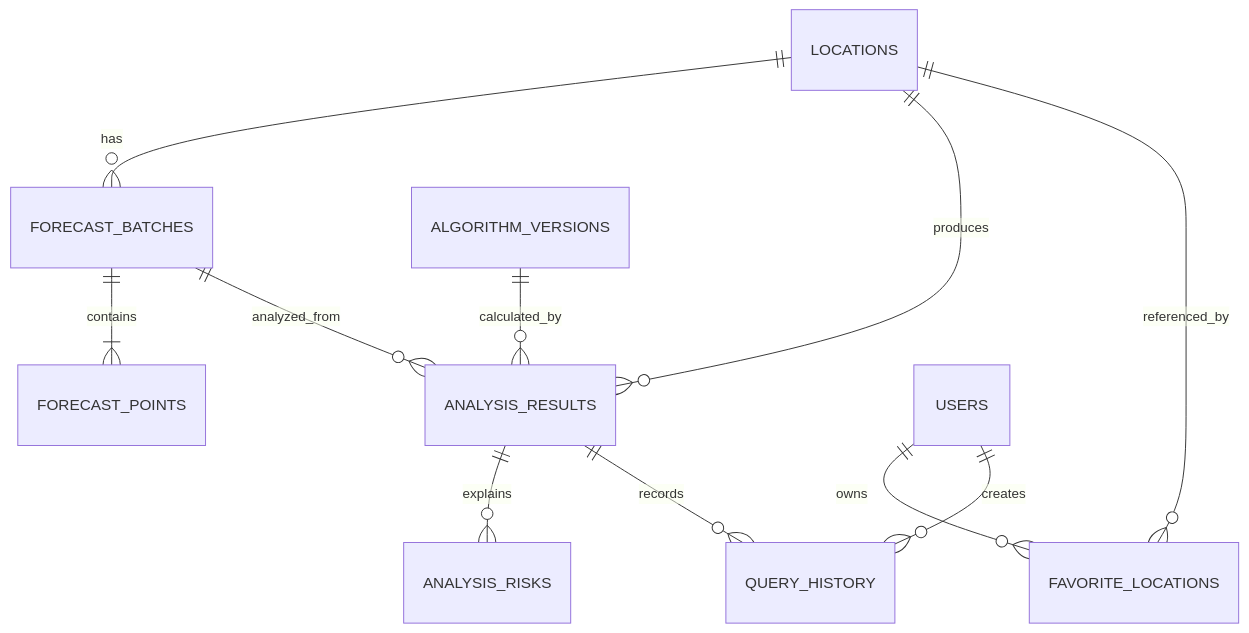
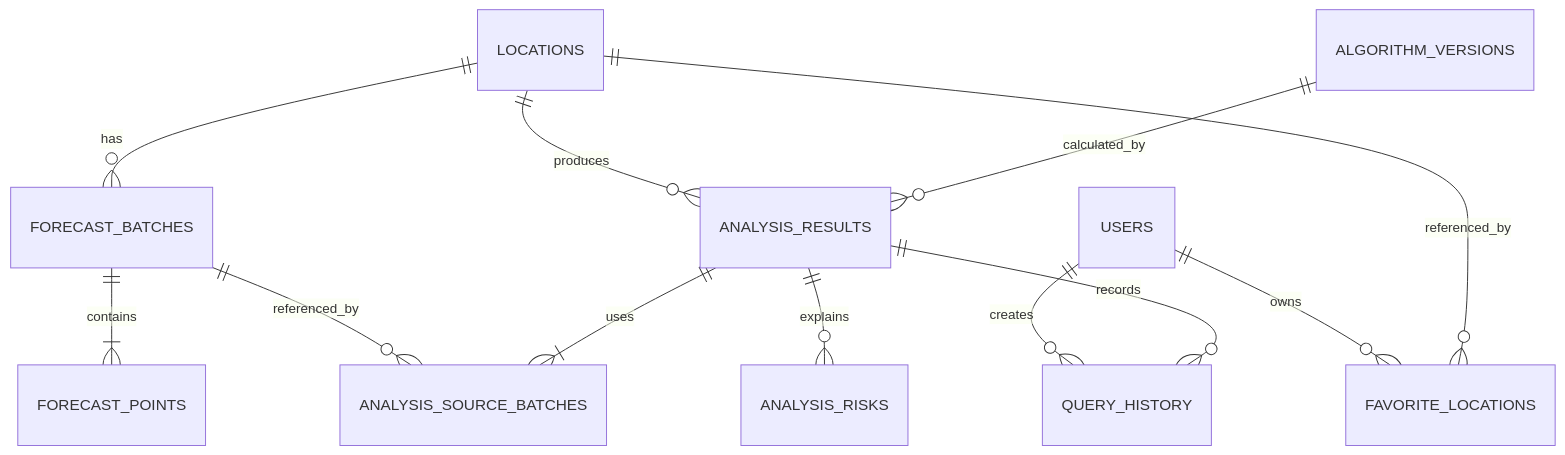
Before and after one commit to Camefor/marine-insight: the diagram in docs/05-数据库设计.md, drawn with Mermaid. The commit also changed other lines of this file and 19 other files, not shown here.

````diff
--- a/docs/05-数据库设计.md
+++ b/docs/05-数据库设计.md
@@ -22,13 +22,14 @@
 ```mermaid
 erDiagram
     LOCATIONS ||--o{ FORECAST_BATCHES : has
     FORECAST_BATCHES ||--|{ FORECAST_POINTS : contains
     LOCATIONS ||--o{ ANALYSIS_RESULTS : produces
-    FORECAST_BATCHES ||--o{ ANALYSIS_RESULTS : analyzed_from
+    FORECAST_BATCHES ||--o{ ANALYSIS_SOURCE_BATCHES : referenced_by
+    ANALYSIS_RESULTS ||--|{ ANALYSIS_SOURCE_BATCHES : uses
     ALGORITHM_VERSIONS ||--o{ ANALYSIS_RESULTS : calculated_by
     ANALYSIS_RESULTS ||--o{ ANALYSIS_RISKS : explains
     USERS ||--o{ FAVORITE_LOCATIONS : owns
     LOCATIONS ||--o{ FAVORITE_LOCATIONS : referenced_by
     USERS ||--o{ QUERY_HISTORY : creates
     ANALYSIS_RESULTS ||--o{ QUERY_HISTORY : records
 ```
````
